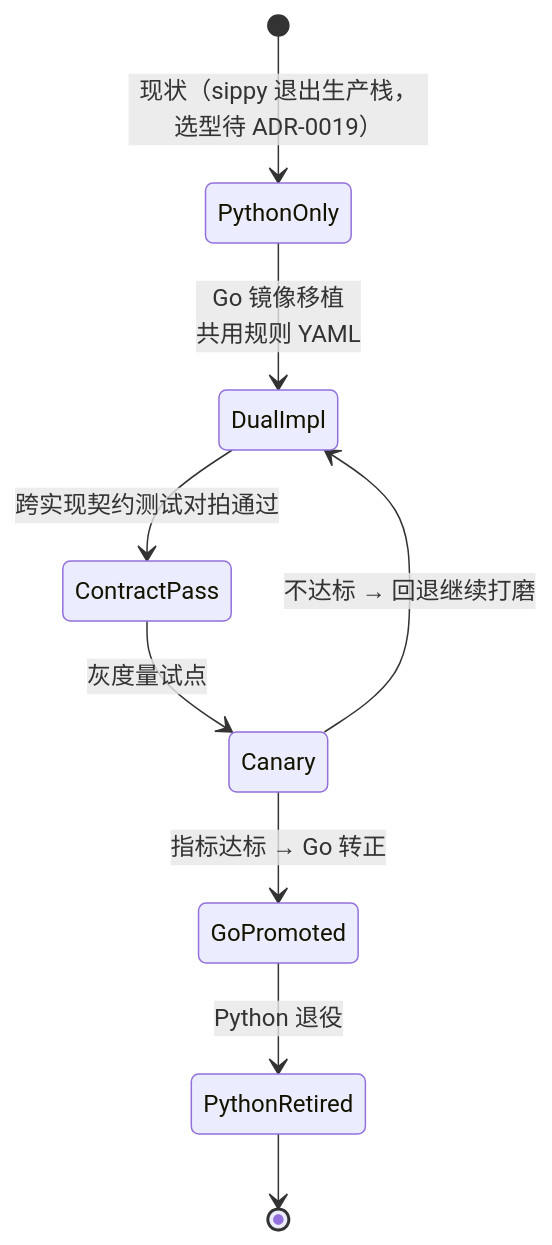
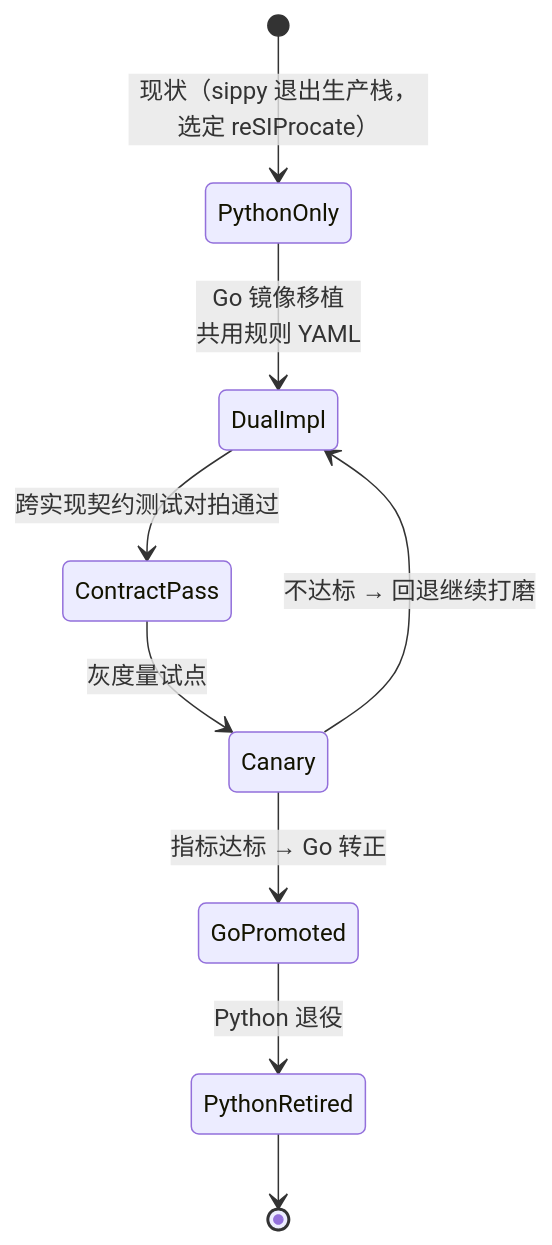
Diagram 11 of 14 in docs/architecture/新系统整体架构.md (dolanshu/3rdparty-as), drawn with Mermaid before and after one commit. The commit also changed other lines of this file and 5 other files, not shown here.

First line of the commit message:
feat(adr): accept ADR-0019 with reSIProcate as production SIP stack

````diff
--- a/docs/architecture/新系统整体架构.md
+++ b/docs/architecture/新系统整体架构.md
@@ -519,11 +518,11 @@
 ```mermaid
 stateDiagram-v2
-    [*] --> PythonOnly: 现状（sippy 退出生产栈，选型待 ADR-0019）
+    [*] --> PythonOnly: 现状（sippy 退出生产栈，选定 reSIProcate）
     PythonOnly --> DualImpl: Go 镜像移植<br/>共用规则 YAML
     DualImpl --> ContractPass: 跨实现契约测试对拍通过
     ContractPass --> Canary: 灰度量试点
     Canary --> GoPromoted: 指标达标 → Go 转正
     Canary --> DualImpl: 不达标 → 回退继续打磨
     GoPromoted --> PythonRetired: Python 退役
     PythonRetired --> [*]
 ```
````
